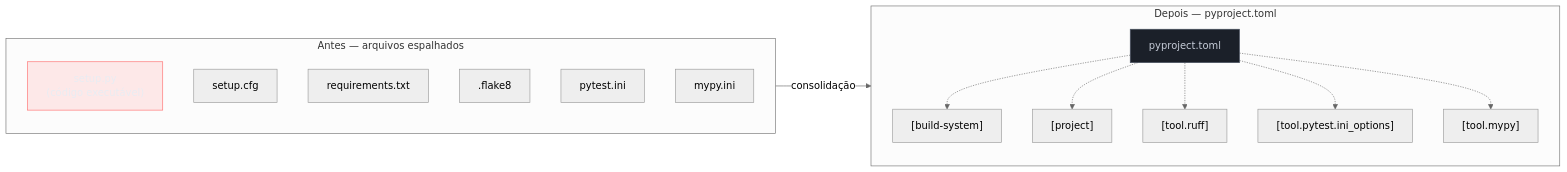
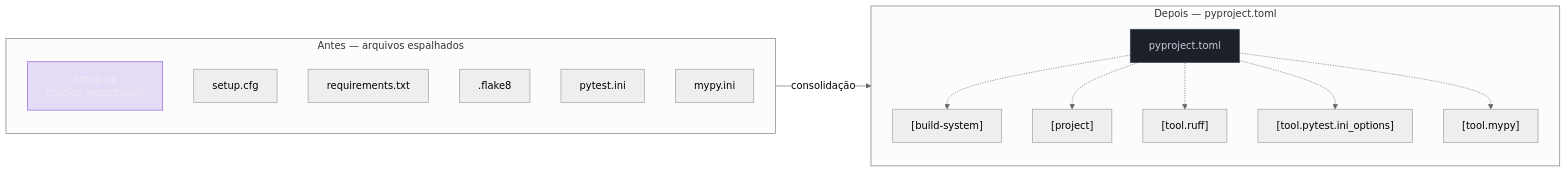
The first of 2 diagrams in 03-Dominios/Tecnologia/Python/Build e tooling/03 - pyproject.toml — o padrão unificado.md (josenaldo/codex-technomanticus), drawn with Mermaid (neutral theme) before and after one commit. The commit also changed other lines of this file and 601 other files, not shown here.

````diff
--- a/03-Dominios/Tecnologia/Python/Build e tooling/03 - pyproject.toml — o padrão unificado.md
+++ b/03-Dominios/Tecnologia/Python/Build e tooling/03 - pyproject.toml — o padrão unificado.md
@@ -46,27 +46,27 @@
 ```mermaid
 flowchart LR
-    classDef falha fill:#FF6B6B24,stroke:#FF6B6B,color:#E9ECF2
+    classDef marca fill:#8855DF33,stroke:#8855DF,color:#E9ECF2
     classDef neutro fill:#1B2029,stroke:#4E5666,color:#C6CCD8
     subgraph Antes["Antes — arquivos espalhados"]
         SP["setup.py<br/>(código executável)"]
         SC["setup.cfg"]
         RQ["requirements.txt"]
         FL[".flake8"]
         PI["pytest.ini"]
         MI["mypy.ini"]
     end
 
     subgraph Depois["Depois — pyproject.toml"]
         PT["pyproject.toml"]
         PT -.-> BS["[build-system]"]
         PT -.-> PJ["[project]"]
         PT -.-> TR["[tool.ruff]"]
         PT -.-> TP["[tool.pytest.ini_options]"]
         PT -.-> TM["[tool.mypy]"]
     end
 
     Antes -->|"consolidação"| Depois
 
-    class SP falha
+    class SP marca
     class PT neutro
 ```
````
